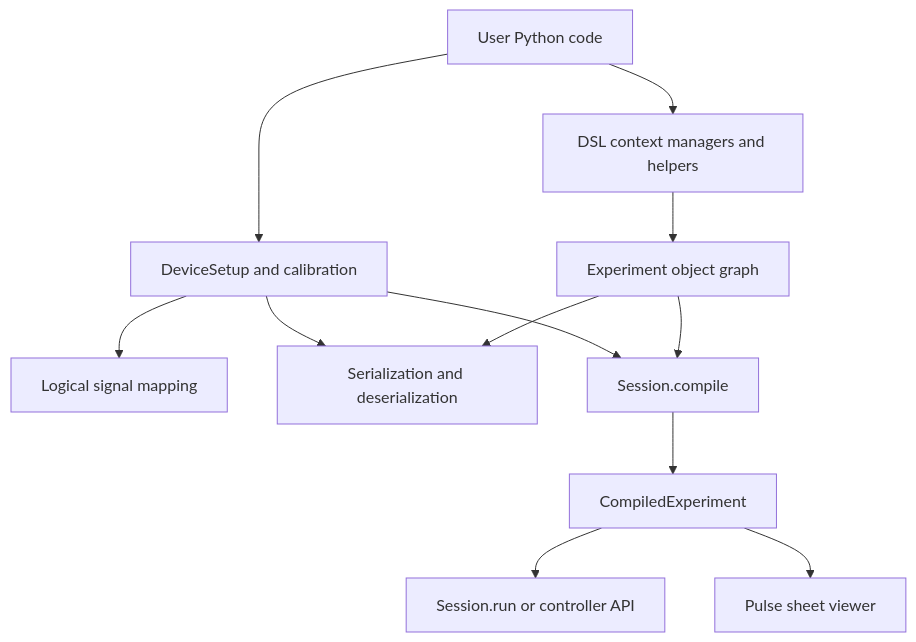
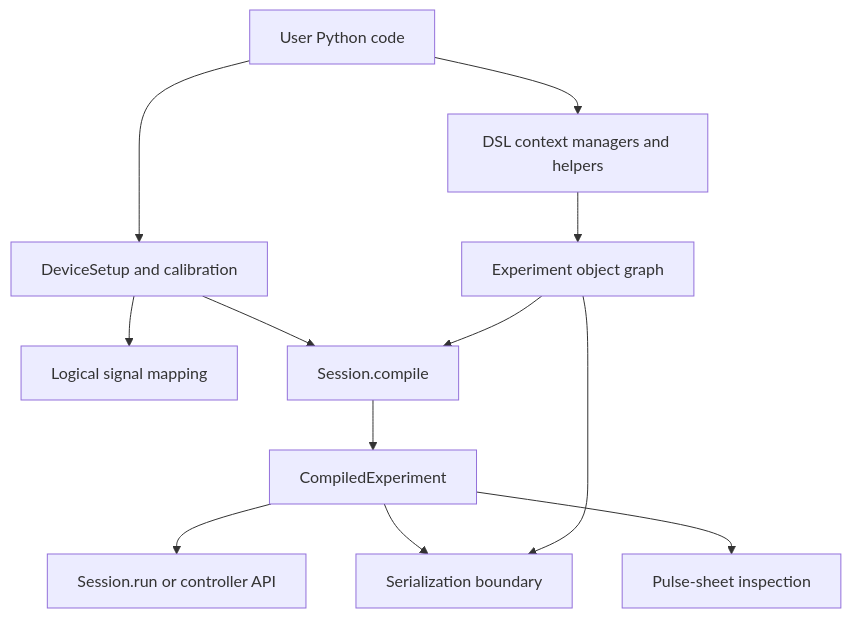
Before and after one commit to brianzi/laboneq-devguide: the first of 4 diagrams in docs/02a-user-facing-interfaces.md, drawn with Mermaid. The commit also changed other lines of this file and 6 other files, not shown here.

````diff
--- a/docs/02a-user-facing-interfaces.md
+++ b/docs/02a-user-facing-interfaces.md
@@ -7,14 +7,14 @@
 ```mermaid
 graph TD
     U[User Python code] --> D[DSL context managers and helpers]
     D --> E[Experiment object graph]
     U --> S[DeviceSetup and calibration]
     S --> M[Logical signal mapping]
-    E --> X[Serialization and deserialization]
-    S --> X
     E --> C[Session.compile]
     S --> C
     C --> CE[CompiledExperiment]
     CE --> R[Session.run or controller API]
-    CE --> P[Pulse sheet viewer]
+    E --> X[Serialization boundary]
+    CE --> X
+    CE --> P[Pulse-sheet inspection]
 ```
````
